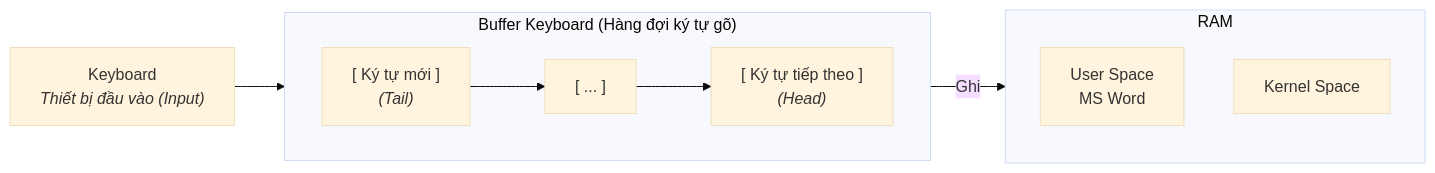
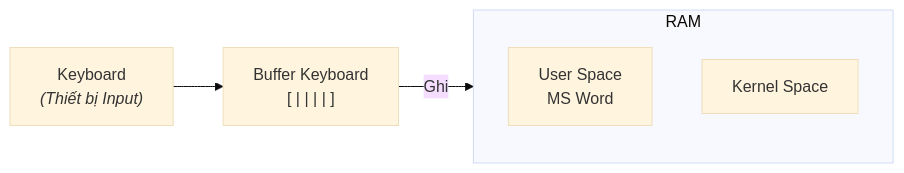
Before and after one commit to Duc-Lee/LLMserving_GPUoptimization: the ninth of 10 diagrams in OperatingSystem/OS_scratch/Concepts_OS/Intro_OS/Lession4.md, drawn with Mermaid (base theme). The commit also changed other lines of this file, not shown here.

````diff
--- a/OperatingSystem/OS_scratch/Concepts_OS/Intro_OS/Lession4.md
+++ b/OperatingSystem/OS_scratch/Concepts_OS/Intro_OS/Lession4.md
@@ -207,18 +174,11 @@
 ```mermaid
 flowchart LR
-    KB["Keyboard<br/><i>Thiết bị đầu vào (Input)</i>"]
-
-    subgraph KB_BUF ["Buffer Keyboard (Hàng đợi ký tự gõ)"]
-        direction LR
-        K_IN["[ Ký tự mới ]<br/><i>(Tail)</i>"] --> K_MID["[ ... ]"] --> K_OUT["[ Ký tự tiếp theo ]<br/><i>(Head)</i>"]
-    end
-
-    KB --> K_IN
-    K_OUT -->|"Ghi"| US
+    KB["Keyboard<br/><i>(Thiết bị Input)</i>"] --> KB_BUF["Buffer Keyboard<br/>[ | | | | ]"]
+    KB_BUF -->|"Ghi"| US
 
     subgraph RAM ["RAM"]
         direction TB
         KS["Kernel Space"]
         US["User Space<br/>MS Word"]
     end
 ```
````
